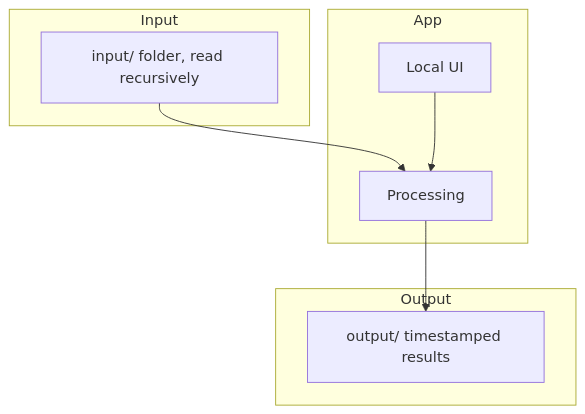
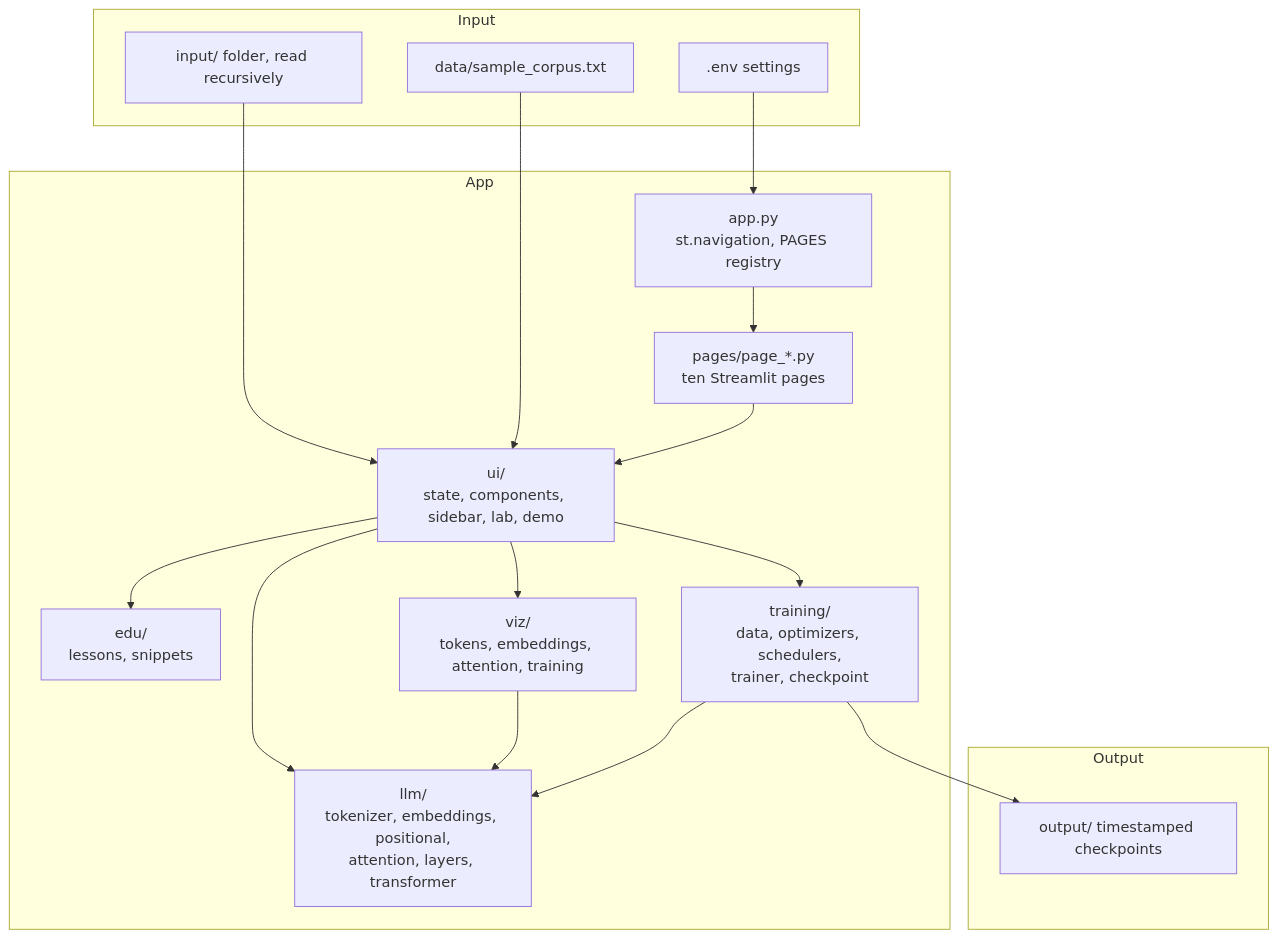
The first of 4 diagrams in Docs/Architecture.md (aairom/myLLMfromScratch-lab), drawn with Mermaid before and after one commit. The commit also changed other lines of this file and 3 other files, not shown here.

````diff
--- a/Docs/Architecture.md
+++ b/Docs/Architecture.md
@@ -3,15 +5,31 @@
 ```mermaid
 flowchart TD
     subgraph Input
         I[input/ folder, read recursively]
+        D[data/sample_corpus.txt]
+        E[.env settings]
     end
     subgraph App
-        P[Processing]
-        UI[Local UI]
+        A[app.py<br/>st.navigation, PAGES registry]
+        PG[pages/page_*.py<br/>ten Streamlit pages]
+        UI[ui/<br/>state, components, sidebar, lab, demo]
+        ED[edu/<br/>lessons, snippets]
+        VZ[viz/<br/>tokens, embeddings, attention, training]
+        LM[llm/<br/>tokenizer, embeddings, positional,<br/>attention, layers, transformer]
+        TR[training/<br/>data, optimizers, schedulers,<br/>trainer, checkpoint]
     end
     subgraph Output
-        R[output/ timestamped results]
+        R[output/ timestamped checkpoints]
     end
-    I --> P --> R
-    UI --> P
+    I --> UI
+    D --> UI
+    E --> A
+    A --> PG --> UI
+    UI --> ED
+    UI --> VZ
+    UI --> LM
+    UI --> TR
+    VZ --> LM
+    TR --> LM
+    TR --> R
 ```
````
